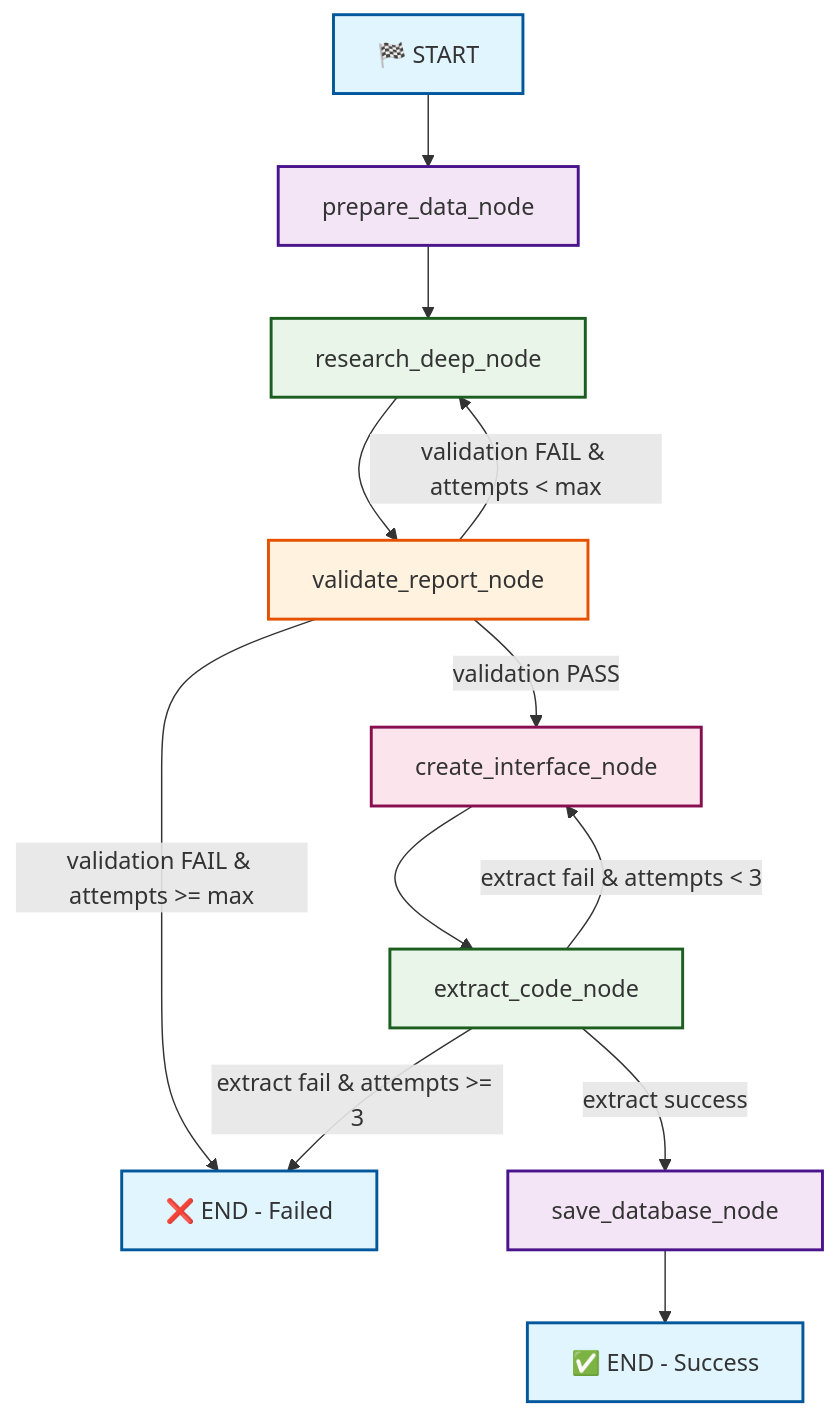
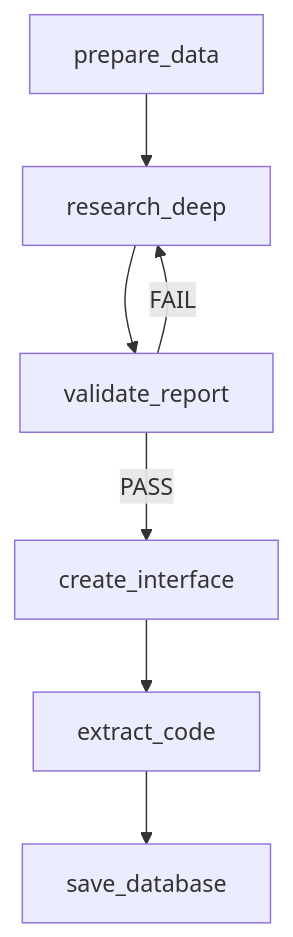
The diagram in README.md (thichuong/crypto-dashboard-app), drawn with Mermaid before and after one commit. The commit also changed other lines of this file and 5 other files, not shown here.

````diff
--- a/README.md
+++ b/README.md
@@ -303,30 +28,9 @@
 ```mermaid
 graph TD
-    A[🏁 START] --> B[prepare_data_node]
-    B --> C[research_deep_node]
-    C --> D[validate_report_node]
-    
-    D --> |validation PASS| E[create_interface_node]
-    D --> |validation FAIL & attempts < max| C
-    D --> |validation FAIL & attempts >= max| Z[❌ END - Failed]
-    
-    E --> F[extract_code_node]
-    F --> |extract success| G[save_database_node]
-    F --> |extract fail & attempts < 3| E
-    F --> |extract fail & attempts >= 3| Z
-    
-    G --> H[✅ END - Success]
-    
-    %% Styling
-    classDef startEnd fill:#e1f5fe,stroke:#01579b,stroke-width:2px
-    classDef dataNode fill:#f3e5f5,stroke:#4a148c,stroke-width:2px
-    classDef processNode fill:#e8f5e8,stroke:#1b5e20,stroke-width:2px
-    classDef validateNode fill:#fff3e0,stroke:#e65100,stroke-width:2px
-    classDef interfaceNode fill:#fce4ec,stroke:#880e4f,stroke-width:2px
-    
-    class A,H,Z startEnd
-    class B,G dataNode
-    class C,F processNode
-    class D validateNode
-    class E interfaceNode
+    A[prepare_data] --> B[research_deep]
+    B --> C[validate_report]
+    C --> |PASS| D[create_interface]
+    C --> |FAIL| B
+    D --> E[extract_code]
+    E --> F[save_database]
 ```
````
